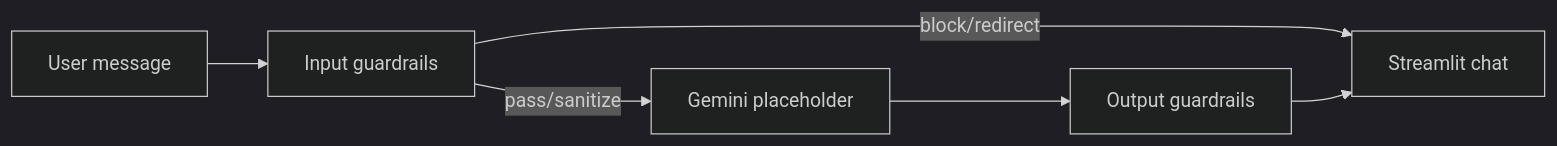
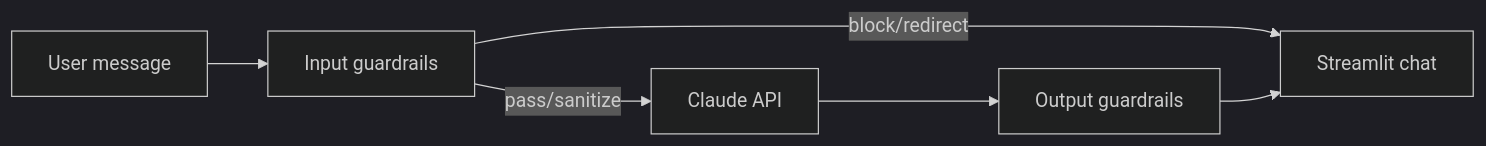
One commit to VikhyatKoppalgithub/AI-Powered-Marketing-Budget-Allocation-Agent changed the diagram in docs/agent_design.md. Above: the diagram before and after it, drawn with Mermaid (dark theme). The commit also changed other lines of this file and 15 other files, not shown here.

````diff
--- a/docs/agent_design.md
+++ b/docs/agent_design.md
@@ -13,13 +13,13 @@
 ```mermaid
 flowchart LR
   input[User message]
   inRules[Input guardrails]
-  llm[Gemini placeholder]
+  llm[Claude API]
   outRules[Output guardrails]
   ui[Streamlit chat]
 
   input --> inRules
   inRules -->|block/redirect| ui
   inRules -->|pass/sanitize| llm
   llm --> outRules --> ui
 ```
````
